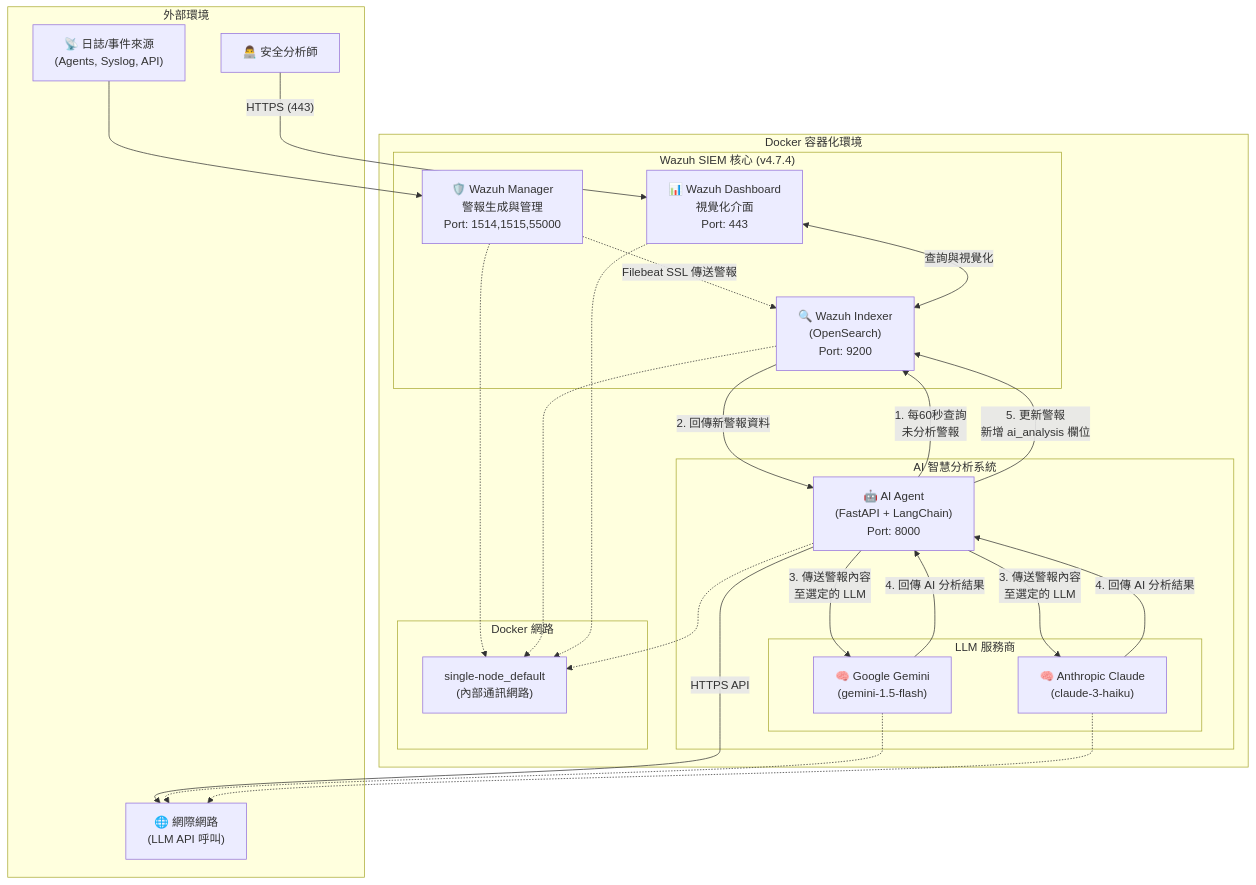
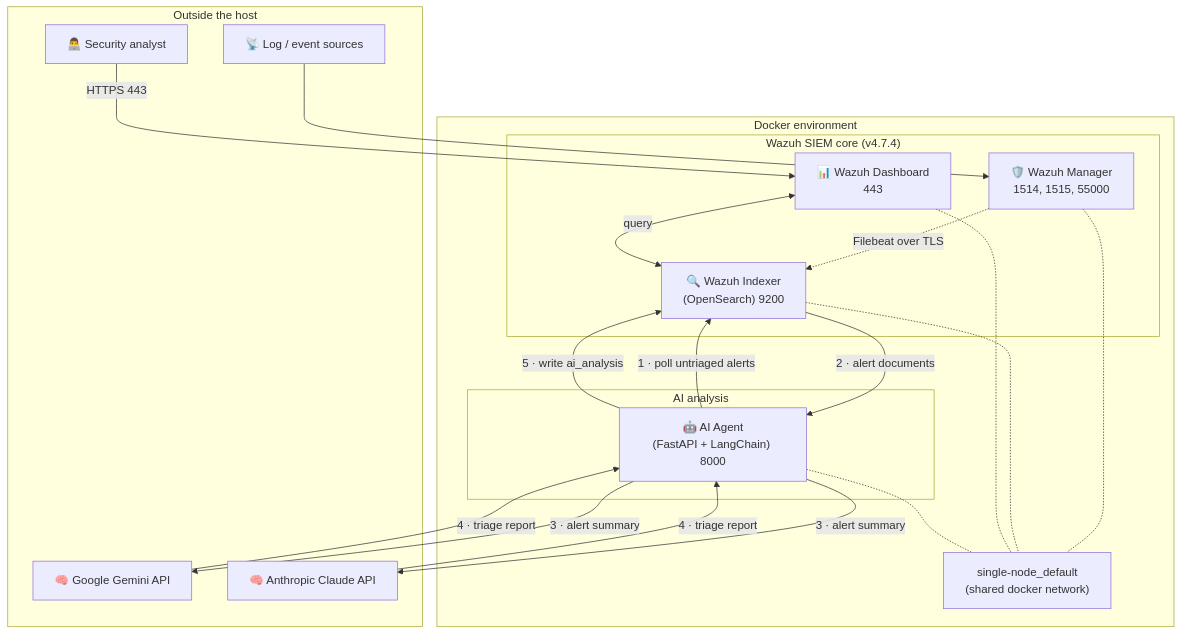
The second of 2 diagrams in README.md (trionnemesis/wazuh_ai_agent), drawn with Mermaid before and after one commit. The commit also changed other lines of this file and 1 other file, not shown here.

````diff
--- a/README.md
+++ b/README.md
@@ -15,55 +80,42 @@
 ```mermaid
 flowchart TD
-    subgraph Docker["Docker 容器化環境"]
-        subgraph WazuhCore["Wazuh SIEM 核心 (v4.7.4)"]
-            WM["🛡️ Wazuh Manager<br/>警報生成與管理<br/>Port: 1514,1515,55000"]
-            WI["🔍 Wazuh Indexer<br/>(OpenSearch)<br/>Port: 9200"]
-            WD["📊 Wazuh Dashboard<br/>視覺化介面<br/>Port: 443"]
+    subgraph Docker["Docker environment"]
+        subgraph WazuhCore["Wazuh SIEM core (v4.7.4)"]
+            WM["🛡️ Wazuh Manager<br/>1514, 1515, 55000"]
+            WI["🔍 Wazuh Indexer<br/>(OpenSearch) 9200"]
+            WD["📊 Wazuh Dashboard<br/>443"]
         end
-        
-        subgraph AISystem["AI 智慧分析系統"]
-            AA["🤖 AI Agent<br/>(FastAPI + LangChain)<br/>Port: 8000"]
-            
-            subgraph LLMProviders["LLM 服務商"]
-                GM["🧠 Google Gemini<br/>(gemini-1.5-flash)"]
-                CL["🧠 Anthropic Claude<br/>(claude-3-haiku)"]
-            end
+
+        subgraph AISystem["AI analysis"]
+            AA["🤖 AI Agent<br/>(FastAPI + LangChain) 8000"]
         end
-        
-        subgraph Networks["Docker 網路"]
-            DN["single-node_default<br/>(內部通訊網路)"]
-        end
+
+        DN["single-node_default<br/>(shared docker network)"]
     end
-    
-    subgraph External["外部環境"]
-        DataSources["📡 日誌/事件來源<br/>(Agents, Syslog, API)"]
-        Analyst["👨‍💻 安全分析師"]
-        Internet["🌐 網際網路<br/>(LLM API 呼叫)"]
+
+    subgraph External["Outside the host"]
+        DataSources["📡 Log / event sources"]
+        Analyst["👨‍💻 Security analyst"]
+        GM["🧠 Google Gemini API"]
+        CL["🧠 Anthropic Claude API"]
     end
-    
-    %% 資料流向
+
     DataSources --> WM
-    WM -.->|"Filebeat SSL 傳送警報"| WI
-    WD <-->|"查詢與視覺化"| WI
-    
-    %% AI Agent 工作流程
-    AA -->|"1. 每60秒查詢<br/>未分析警報"| WI
-    WI -->|"2. 回傳新警報資料"| AA
-    AA -->|"3. 傳送警報內容<br/>至選定的 LLM"| GM
-    AA -->|"3. 傳送警報內容<br/>至選定的 LLM"| CL
-    GM -->|"4. 回傳 AI 分析結果"| AA
-    CL -->|"4. 回傳 AI 分析結果"| AA
-    AA -->|"5. 更新警報<br/>新增 ai_analysis 欄位"| WI
-    
-    %% 網路連線
-    WM -.-> DN
-    WI -.-> DN
-    WD -.-> DN
-    AA -.-> DN
-    
-    %% 外部存取
-    Analyst -->|"HTTPS (443)"| WD
-    AA -->|"HTTPS API"| Internet
-    GM -.-> Internet
-    CL -.-> Internet
+    WM -.->|"Filebeat over TLS"| WI
+    WD <-->|"query"| WI
+
+    AA -->|"1 · poll untriaged alerts"| WI
+    WI -->|"2 · alert documents"| AA
+    AA -->|"3 · alert summary"| GM
+    AA -->|"3 · alert summary"| CL
+    GM -->|"4 · triage report"| AA
+    CL -->|"4 · triage report"| AA
+    AA -->|"5 · write ai_analysis"| WI
+
+    WM -.- DN
+    WI -.- DN
+    WD -.- DN
+    AA -.- DN
+
+    Analyst -->|"HTTPS 443"| WD
 ```
````
